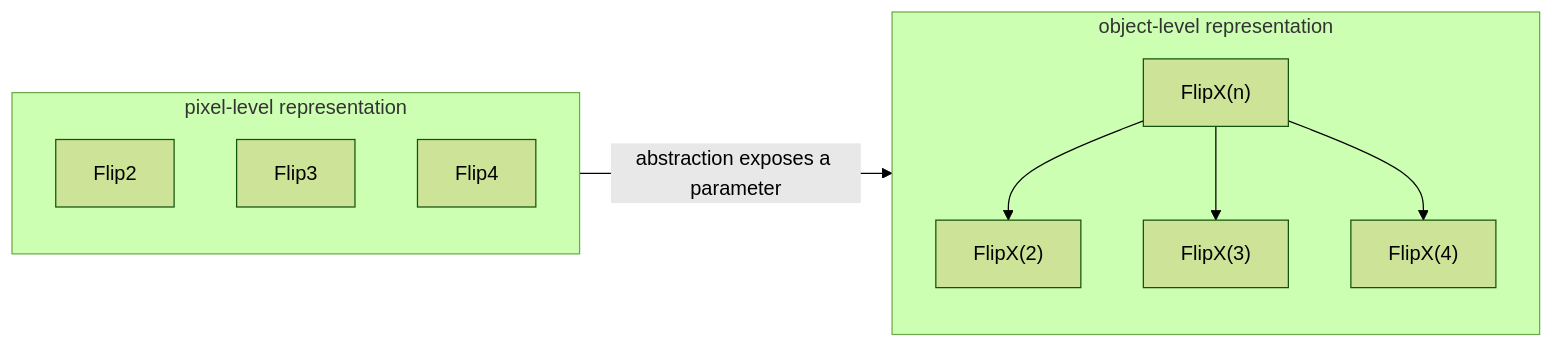
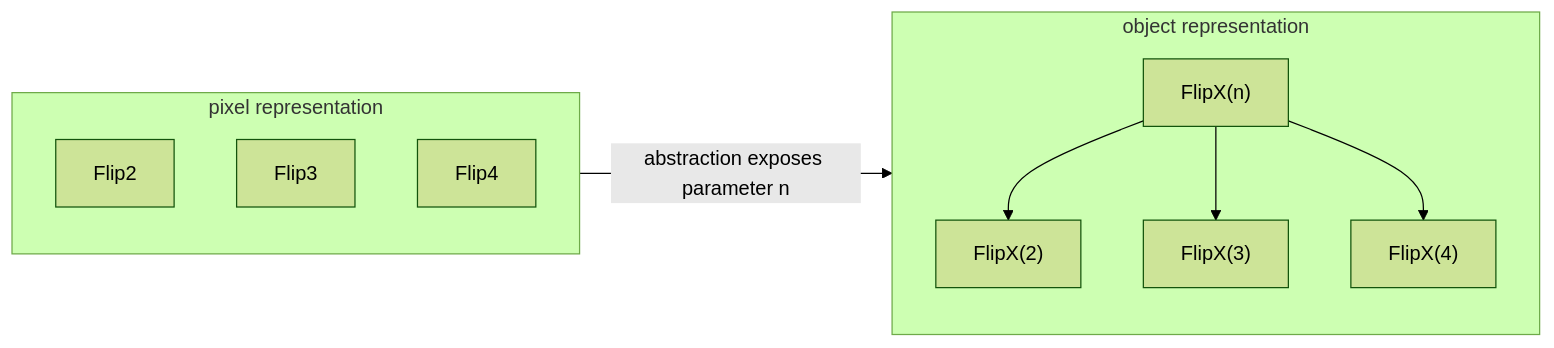
The seventh of 12 diagrams in miniARC/generalization_as_inductive_structure.md (cristianoc/arc-challenge), drawn with Mermaid (forest theme) before and after one commit. The commit also changed other lines of this file, not shown here.

````diff
--- a/miniARC/generalization_as_inductive_structure.md
+++ b/miniARC/generalization_as_inductive_structure.md
@@ -200,14 +162,14 @@
 ```mermaid
 flowchart LR
-    subgraph Low["pixel-level representation"]
+    subgraph Low["pixel representation"]
       P2["Flip2"]
       P3["Flip3"]
       P4["Flip4"]
     end
-    subgraph High["object-level representation"]
+    subgraph High["object representation"]
       G["FlipX(n)"] --> X2["FlipX(2)"]
       G --> X3["FlipX(3)"]
       G --> X4["FlipX(4)"]
     end
-    Low -->|"abstraction exposes a parameter"| High
+    Low -->|"abstraction exposes parameter n"| High
 ```
````
